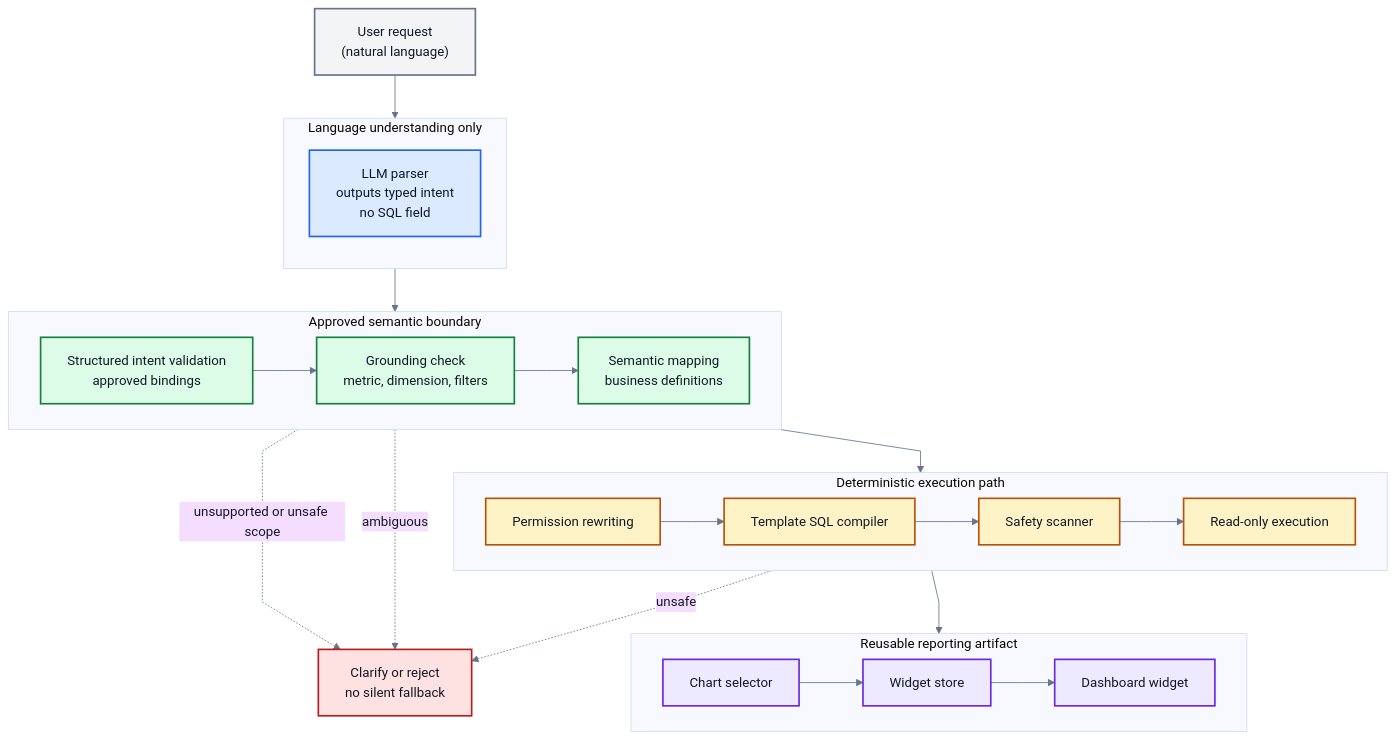
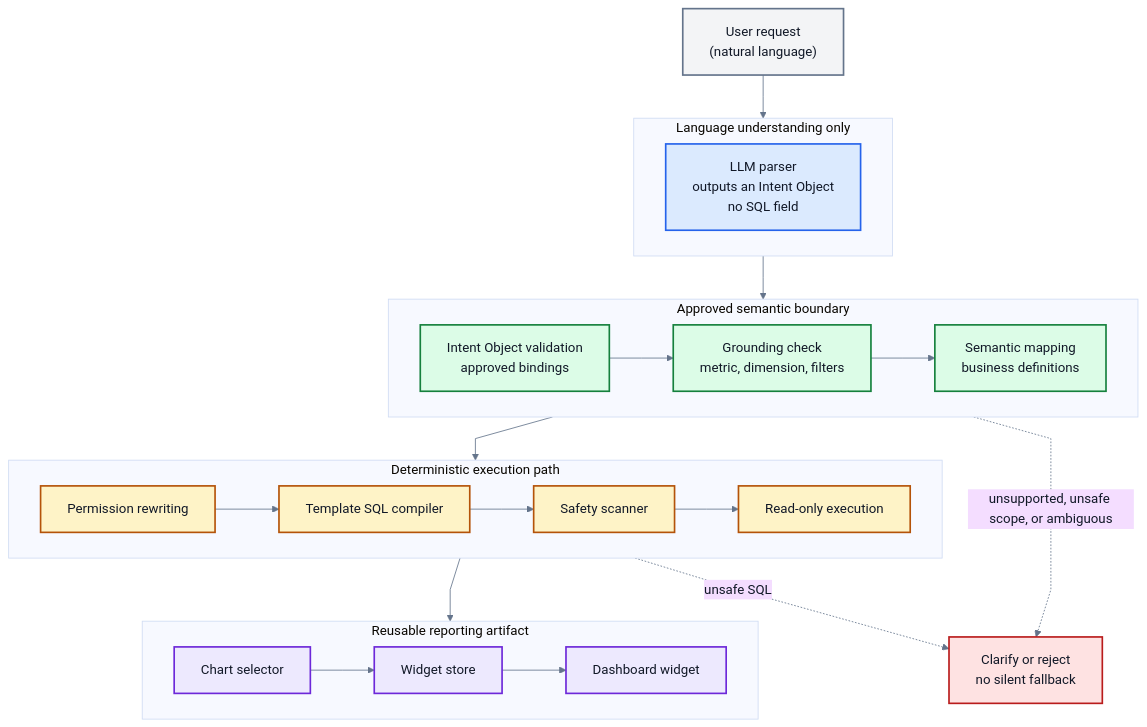
One commit to md-riaz/AEGIS-Research changed the diagram in docs/scripts/thesis_book_generator/figures/source/figure-03-architecture-pipeline.mmd. Above: the diagram before and after it, drawn with Mermaid. The commit also changed 28 other files, not shown here.

```diff
--- a/docs/scripts/thesis_book_generator/figures/source/figure-03-architecture-pipeline.mmd
+++ b/docs/scripts/thesis_book_generator/figures/source/figure-03-architecture-pipeline.mmd
@@ -1,57 +1,64 @@
 %% AEGIS thesis Figure 3 source
+%% Layout note: every edge between stages attaches to the subgraph id
+%% (AI, GOV, DET, OUT), never to a node inside it. Mermaid ignores a
+%% subgraph direction as soon as a node inside it has an edge crossing the
+%% subgraph boundary, and the stage rows then collapse into one tall column
+%% with no error raised. Writing GOV --> DET as S --> P renders fine and
+%% silently breaks the layout.
 %%{init: {"theme": "base", "themeCSS": ".nodeLabel, .edgeLabel, .cluster-label { font-family: Arial, sans-serif !important; } .nodeLabel { font-size: 16px; } .edgeLabel { font-size: 14px; } .cluster-label { font-weight: 700; }", "themeVariables": {"fontFamily": "Arial, sans-serif", "primaryTextColor": "#111827", "lineColor": "#64748b"}, "flowchart": {"nodeSpacing": 42, "rankSpacing": 52, "curve": "linear", "padding": 16}}}%%
 flowchart TB
     U["User request<br/>(natural language)"]
 
     subgraph AI["Language understanding only"]
-      direction TB
-      L["LLM parser<br/>outputs typed intent<br/>no SQL field"]
+      direction LR
+      L["LLM parser<br/>outputs an Intent Object<br/>no SQL field"]
     end
 
     subgraph GOV["Approved semantic boundary"]
       direction LR
-      C["Structured intent validation<br/>approved bindings"]
+      C["Intent Object validation<br/>approved bindings"]
       G["Grounding check<br/>metric, dimension, filters"]
       S["Semantic mapping<br/>business definitions"]
       C --> G --> S
     end
 
     subgraph DET["Deterministic execution path"]
       direction LR
       P["Permission rewriting"]
       Q["Template SQL compiler"]
       V["Safety scanner"]
       E["Read-only execution"]
       P --> Q --> V --> E
     end
 
     subgraph OUT["Reusable reporting artifact"]
       direction LR
       CH["Chart selector"]
       W["Widget store"]
       D["Dashboard widget"]
       CH --> W --> D
     end
 
     R["Clarify or reject<br/>no silent fallback"]
 
-    U --> L --> C
-    S --> P
-    E --> CH
-    C -. unsupported or unsafe scope .-> R
-    G -. ambiguous .-> R
-    V -. unsafe .-> R
+    U --> AI
+    AI --> GOV
+    GOV --> DET
+    DET --> OUT
+
+    GOV -. unsupported, unsafe scope, or ambiguous .-> R
+    DET -. unsafe SQL .-> R
 
     classDef user fill:#f3f4f6,stroke:#64748b,color:#111827,stroke-width:2px;
     classDef ai fill:#dbeafe,stroke:#2563eb,color:#111827,stroke-width:2px;
     classDef Approved fill:#dcfce7,stroke:#15803d,color:#111827,stroke-width:2px;
     classDef deterministic fill:#fef3c7,stroke:#b45309,color:#111827,stroke-width:2px;
     classDef output fill:#ede9fe,stroke:#6d28d9,color:#111827,stroke-width:2px;
     classDef reject fill:#fee2e2,stroke:#b91c1c,color:#111827,stroke-width:2px;
 
     class U user;
     class L ai;
     class C,G,S Approved;
     class P,Q,V,E deterministic;
     class CH,W,D output;
     class R reject;
```
